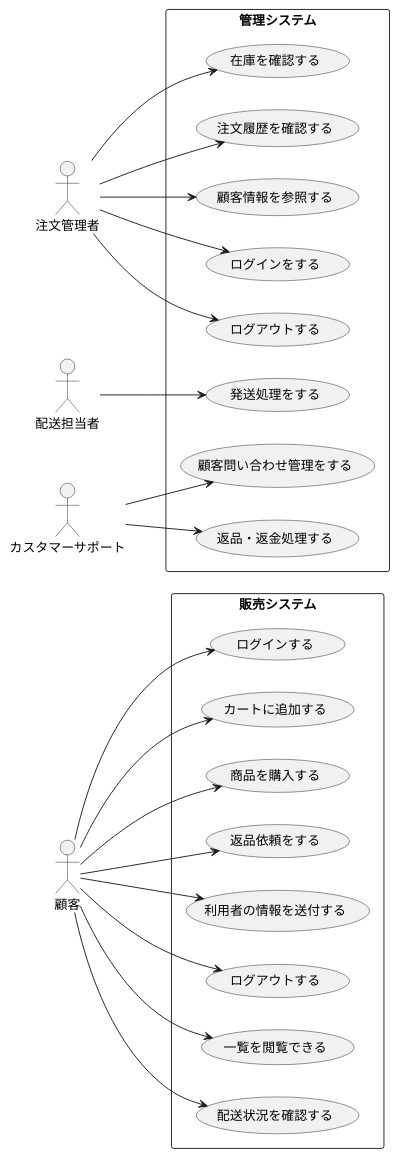
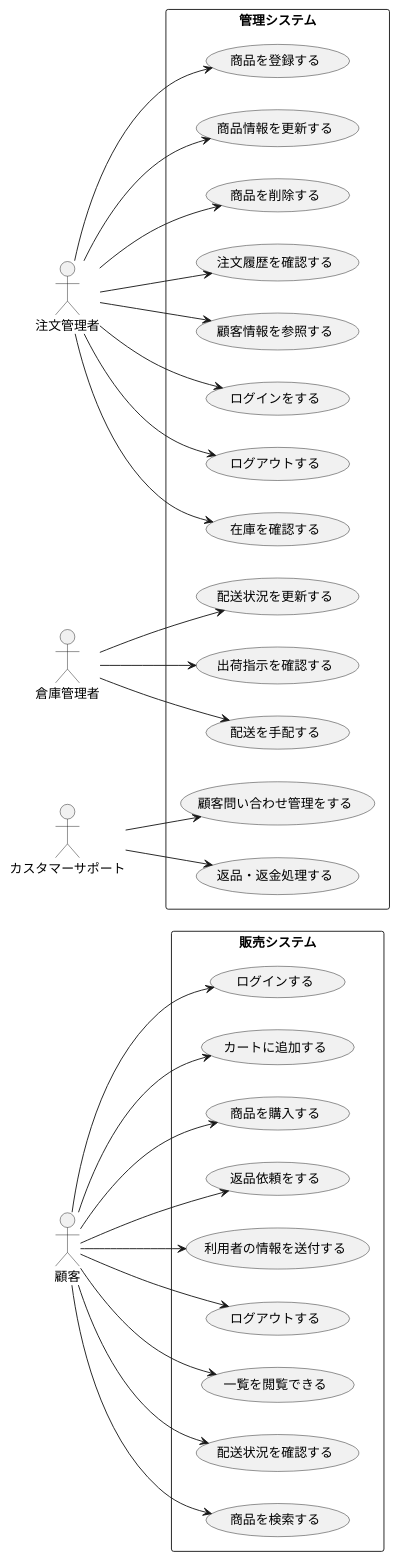
Before and after one commit to YoshinagaSho/ohara_uml: the diagram in group/mail order/usecase.pu, drawn with PlantUML.

```diff
--- a/group/mail order/usecase.pu
+++ b/group/mail order/usecase.pu
@@ -1,55 +1,67 @@
 @startuml BBショップユースケース図 
 left to right direction 
 actor 顧客 as U 
 actor 注文管理者 as M 
-actor 配送担当者 as D
+actor 倉庫管理者 as D
 actor カスタマーサポート as C
 
 
 rectangle 販売システム {  
   usecase "ログインする" as UC1   
   usecase "カートに追加する" as UC2   
   usecase "商品を購入する" as UC3   
   usecase "返品依頼をする" as UC4   
   usecase "利用者の情報を送付する" as UC5   
   usecase "ログアウトする" as UC6
   usecase "一覧を閲覧できる" as UC13
   usecase "配送状況を確認する" as UC15
+  usecase "商品を検索する" as UC25
 
 }  
 
 rectangle  管理システム{ 
   usecase "ログインをする" as UC7
   usecase "ログアウトする" as UC11
   usecase "在庫を確認する" as UC20
   usecase "返品・返金処理する" as UC21
   usecase "顧客問い合わせ管理をする" as UC16
+  usecase "商品を登録する" as UC22
+  usecase "商品情報を更新する" as UC23
+  usecase "商品を削除する" as UC24
   usecase "注文履歴を確認する" as UC17
   usecase "顧客情報を参照する" as UC18
-  usecase "発送処理をする" as UC19
+  usecase "出荷指示を確認する" as UC19
+  usecase "配送を手配する" as UC26
+  usecase "配送状況を更新する" as UC27
 
 }  
 
 
 U --> UC1 
 U --> UC2 
 U --> UC3 
 U --> UC4 
 U --> UC5 
 U --> UC6 
 U --> UC13
-U --> UC15 
+U --> UC15
+U --> UC25
 
 M --> UC7 
 M --> UC11
 M --> UC17
 M --> UC18
 M --> UC20
+M --> UC22
+M --> UC23
+M --> UC24
 
 D --> UC19
+D --> UC26
+D --> UC27
 
 C --> UC16
 C --> UC21
 
 
 @enduml
```
